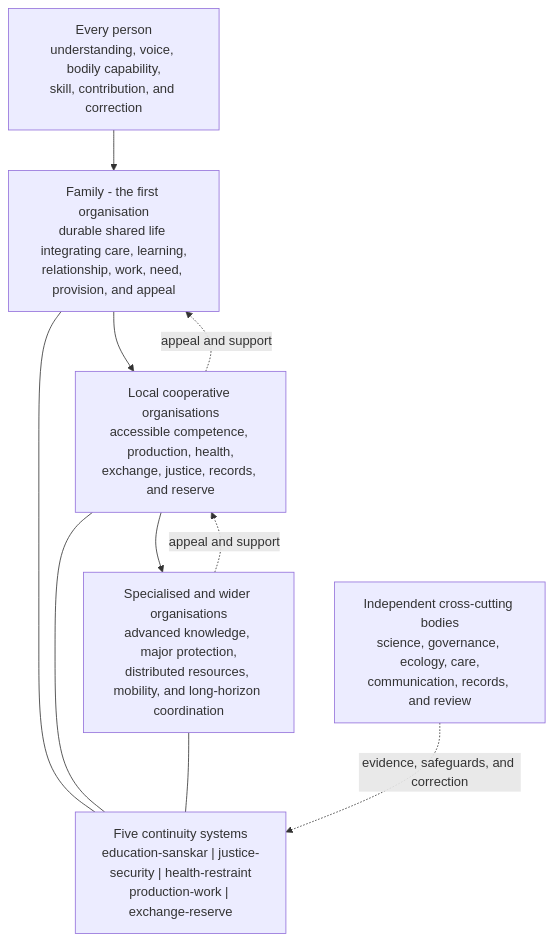
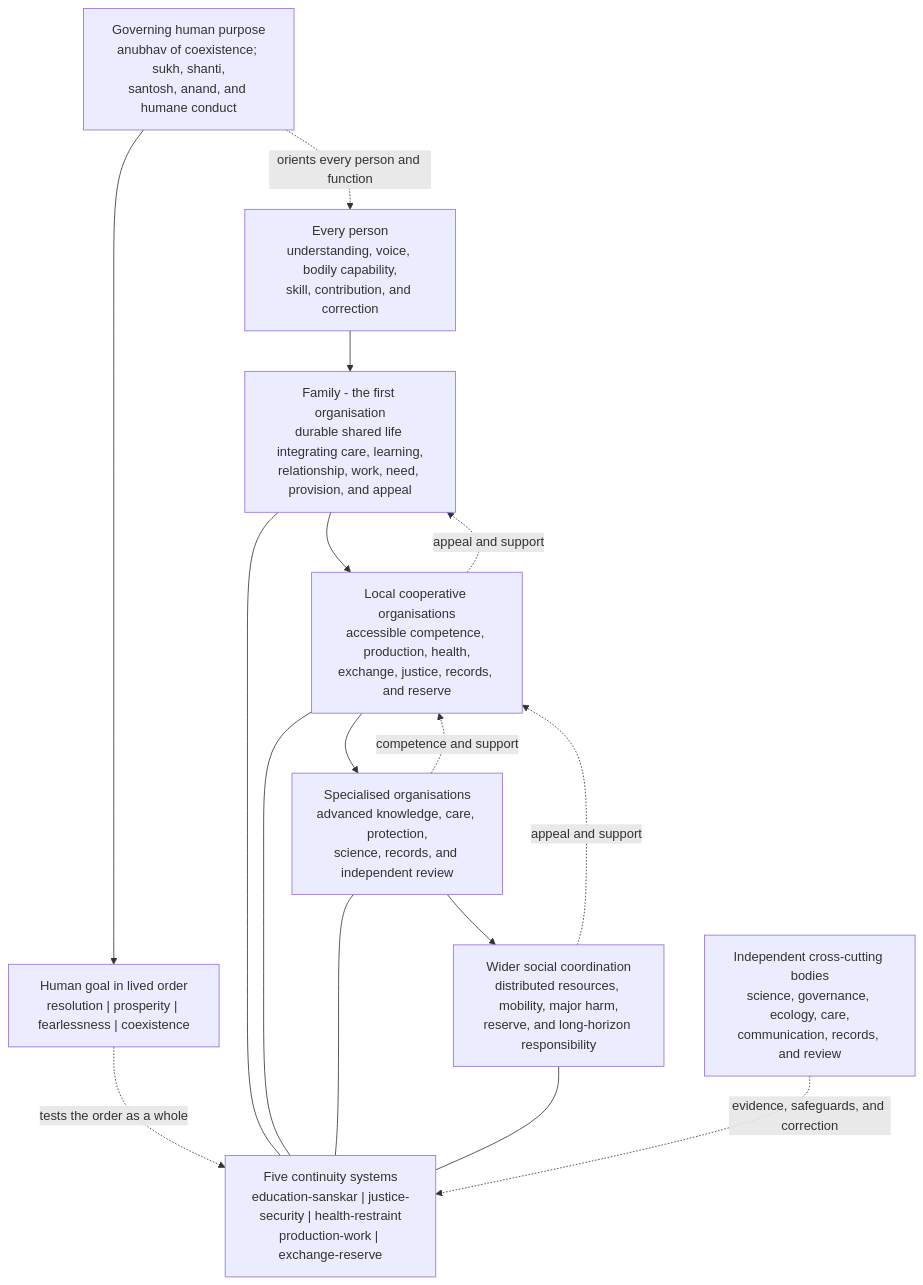
Before and after one commit to raghavamohan/AnalyticMadhyasthDarshan: the diagram in Studies/The-Epistemology-of-Coexistence/Research-Note-Proposed-External-Organisation-From-Jeevan-Architecture.md, drawn with Mermaid. The commit also changed other lines of this file and 2 other files, not shown here.

Commit message:
Ground Jeevan organisation in human purpose

````diff
--- a/Studies/The-Epistemology-of-Coexistence/Research-Note-Proposed-External-Organisation-From-Jeevan-Architecture.md
+++ b/Studies/The-Epistemology-of-Coexistence/Research-Note-Proposed-External-Organisation-From-Jeevan-Architecture.md
@@ -31,17 +63,25 @@
 ```mermaid
 flowchart TB
+    H["Governing human purpose<br/>anubhav of coexistence; sukh, shanti,<br/>santosh, anand, and humane conduct"]
+    G["Human goal in lived order<br/>resolution | prosperity | fearlessness | coexistence"]
     P["Every person<br/>understanding, voice, bodily capability,<br/>skill, contribution, and correction"]
     F["Family - the first organisation<br/>durable shared life integrating care, learning,<br/>relationship, work, need, provision, and appeal"]
     L["Local cooperative organisations<br/>accessible competence, production, health,<br/>exchange, justice, records, and reserve"]
-    W["Specialised and wider organisations<br/>advanced knowledge, major protection,<br/>distributed resources, mobility, and long-horizon coordination"]
+    S["Specialised organisations<br/>advanced knowledge, care, protection,<br/>science, records, and independent review"]
+    W["Wider social coordination<br/>distributed resources, mobility, major harm,<br/>reserve, and long-horizon responsibility"]
     C["Five continuity systems<br/>education-sanskar | justice-security | health-restraint<br/>production-work | exchange-reserve"]
     X["Independent cross-cutting bodies<br/>science, governance, ecology, care,<br/>communication, records, and review"]
 
-    P --> F --> L --> W
+    H --> G
+    H -. "orients every person and function" .-> P
+    G -. "tests the order as a whole" .-> C
+    P --> F --> L --> S --> W
     F --- C
     L --- C
+    S --- C
     W --- C
     X -. "evidence, safeguards, and correction" .-> C
     W -. "appeal and support" .-> L
+    S -. "competence and support" .-> L
     L -. "appeal and support" .-> F
 ```
````
